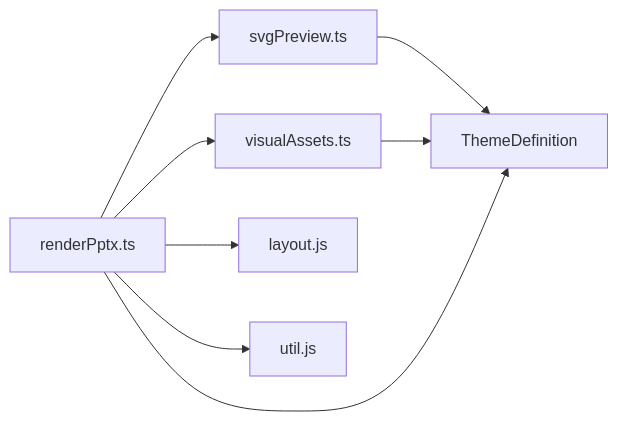
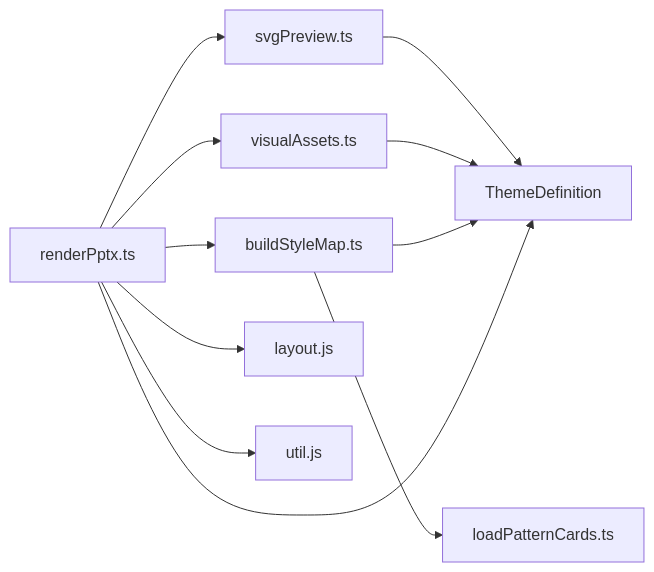
Diagram 11 of 11 in .qoder/repowiki/en/content/Rendering Pipeline/Preview System.md (brantzh6/deepPPT), drawn with Mermaid before and after one commit. The commit also changed other lines of this file and 18 other files, not shown here.

Commit message:
Redesign layered_architecture_stack with compact annotation pills following OpenClaw seed reference

````diff
--- a/.qoder/repowiki/en/content/Rendering Pipeline/Preview System.md
+++ b/.qoder/repowiki/en/content/Rendering Pipeline/Preview System.md
@@ -385,10 +490,13 @@
 ```mermaid
 graph LR
 CLI["renderPptx.ts"] --> SP["svgPreview.ts"]
 CLI --> VA["visualAssets.ts"]
+CLI --> BSM["buildStyleMap.ts"]
 CLI --> LJS["layout.js"]
 CLI --> UJS["util.js"]
 SP --> THEME["ThemeDefinition"]
 VA --> THEME
+BSM --> LPC["loadPatternCards.ts"]
+BSM --> THEME
 CLI --> THEME
 ```
````
